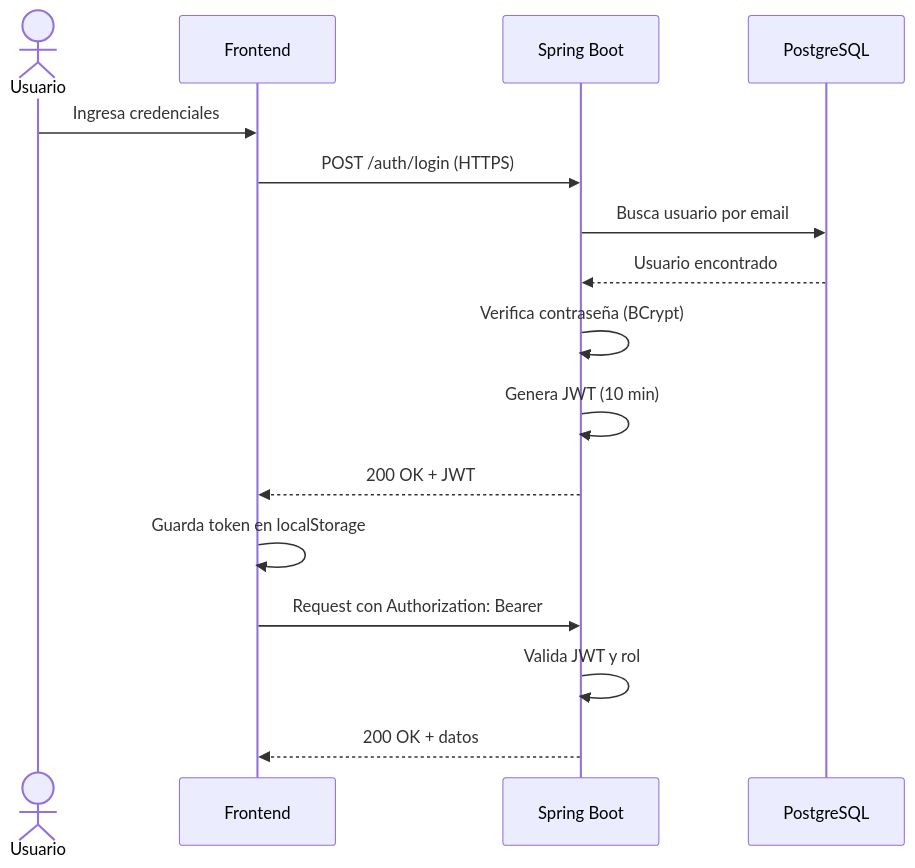
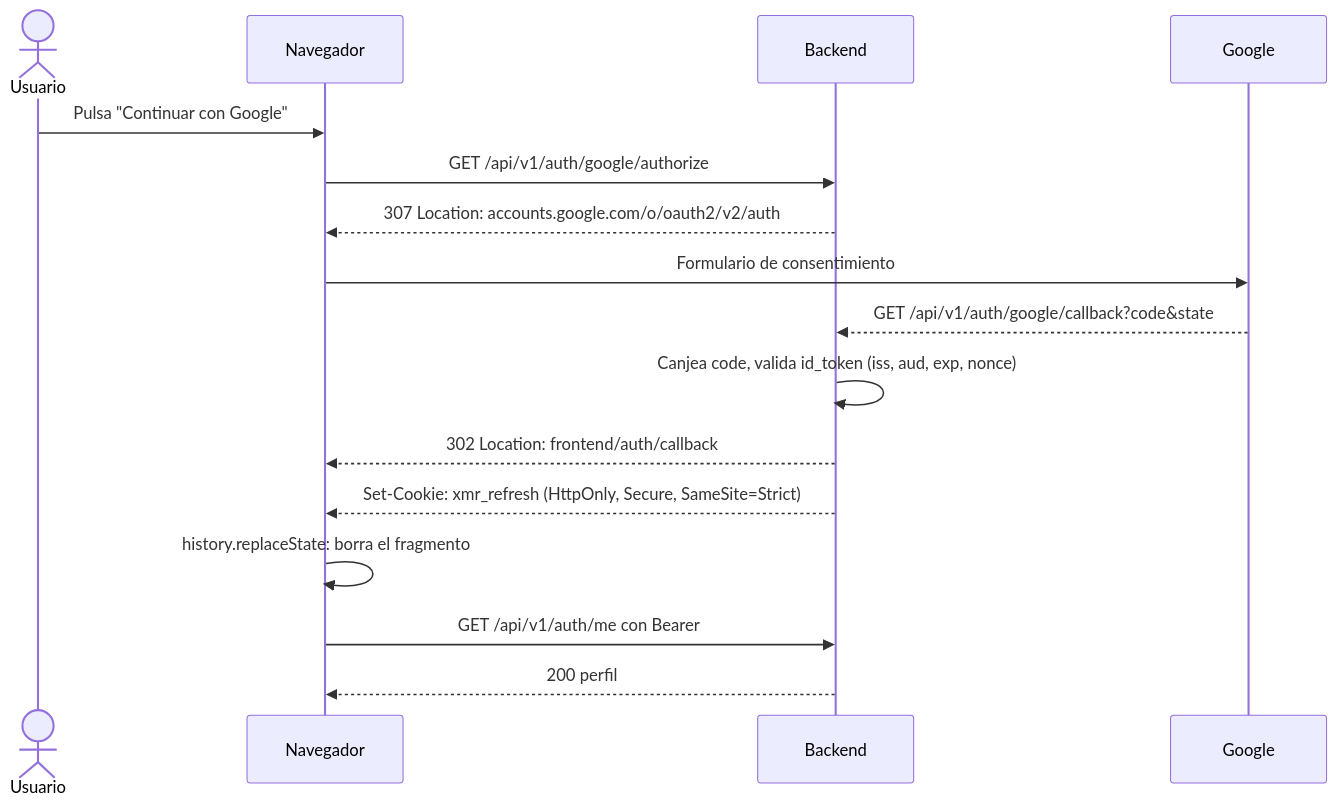
One commit to AyLZz17/SistemaPrediccionCrypto-XMRMonero changed the second of 7 diagrams in docs/04_diagramas.md. Above: the diagram before and after it, drawn with Mermaid. The commit also changed other lines of this file and 85 other files, not shown here.

````diff
--- a/docs/04_diagramas.md
+++ b/docs/04_diagramas.md
@@ -58,19 +37,19 @@
 ```mermaid
 sequenceDiagram
     actor U as Usuario
-    participant SPA as Frontend
-    participant API as Spring Boot
-    participant DB as PostgreSQL
+    participant BR as Navegador
+    participant BE as Backend
+    participant GO as Google
 
-    U->>SPA: Ingresa credenciales
-    SPA->>API: POST /auth/login (HTTPS)
-    API->>DB: Busca usuario por email
-    DB-->>API: Usuario encontrado
-    API->>API: Verifica contraseña (BCrypt)
-    API->>API: Genera JWT (10 min)
-    API-->>SPA: 200 OK + JWT
-    SPA->>SPA: Guarda token en localStorage
-    SPA->>API: Request con Authorization: Bearer
-    API->>API: Valida JWT y rol
-    API-->>SPA: 200 OK + datos
+    U->>BR: Pulsa "Continuar con Google"
+    BR->>BE: GET /api/v1/auth/google/authorize
+    BE-->>BR: 307 Location: accounts.google.com/o/oauth2/v2/auth
+    BR->>GO: Formulario de consentimiento
+    GO-->>BE: GET /api/v1/auth/google/callback?code&state
+    BE->>BE: Canjea code, valida id_token (iss, aud, exp, nonce)
+    BE-->>BR: 302 Location: frontend/auth/callback#access_token&refresh_token
+    BE-->>BR: Set-Cookie: xmr_refresh (HttpOnly, Secure, SameSite=Strict)
+    BR->>BR: history.replaceState: borra el fragmento
+    BR->>BE: GET /api/v1/auth/me con Bearer
+    BE-->>BR: 200 perfil
 ```
````
